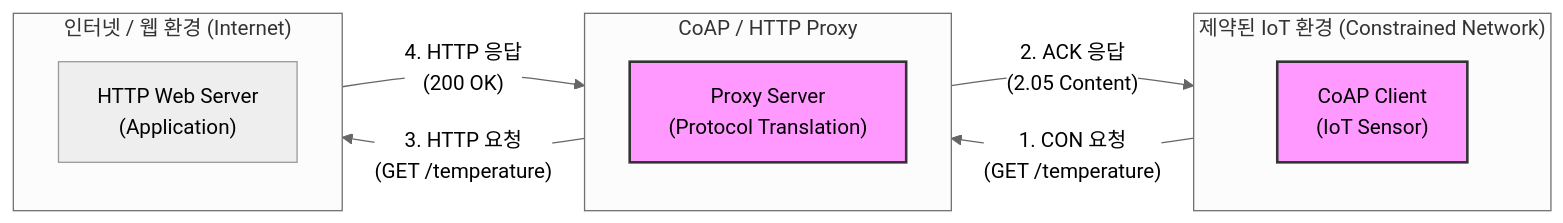
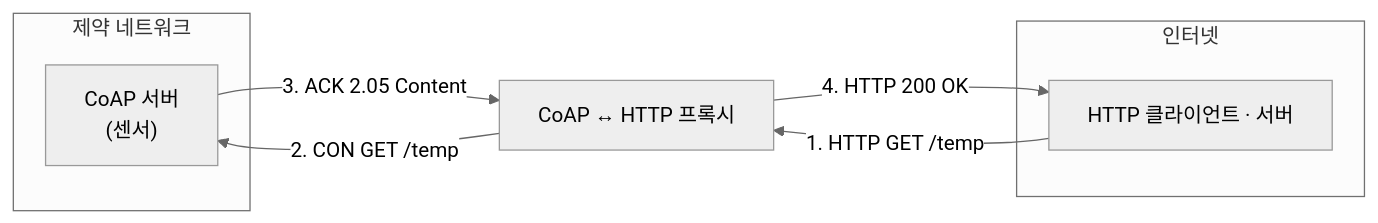
Before and after one commit to supremethumb/supremethumb.github.io: the diagram in content/01_IT Tech/CoAP.md, drawn with Mermaid (neutral theme). The commit also changed other lines of this file and 1087 other files, not shown here.

````diff
--- a/content/01_IT Tech/CoAP.md
+++ b/content/01_IT Tech/CoAP.md
@@ -30,27 +35,14 @@
 ```mermaid
 flowchart LR
-    subgraph IoT_Environment["제약된 IoT 환경 (Constrained Network)"]
-        direction TB
-        Sensor["CoAP Client<br/>(IoT Sensor)"]
+    subgraph LLN["제약 네트워크"]
+        S["CoAP 서버<br/>(센서)"]
     end
-    
-    subgraph Gateway["CoAP / HTTP Proxy"]
-        direction TB
-        Proxy["Proxy Server<br/>(Protocol Translation)"]
+    P["CoAP ↔ HTTP 프록시"]
+    subgraph NET["인터넷"]
+        W["HTTP 클라이언트 · 서버"]
     end
-
-    subgraph Web_Environment["인터넷 / 웹 환경 (Internet)"]
-        direction TB
-        Server["HTTP Web Server<br/>(Application)"]
-    end
-
-    %% 메시지 교환 흐름
-    Sensor -- "1. CON 요청<br/>(GET /temperature)" --> Proxy
-    Proxy -- "2. ACK 응답<br/>(2.05 Content)" --> Sensor
-    Proxy -- "3. HTTP 요청<br/>(GET /temperature)" --> Server
-    Server -- "4. HTTP 응답<br/>(200 OK)" --> Proxy
-    
-    classDef highlight fill:#f9f,stroke:#333,stroke-width:2px;
-    class Sensor,Proxy highlight;
-
+    W -- "1. HTTP GET /temp" --> P
+    P -- "2. CON GET /temp" --> S
+    S -- "3. ACK 2.05 Content" --> P
+    P -- "4. HTTP 200 OK" --> W
 ```
````
